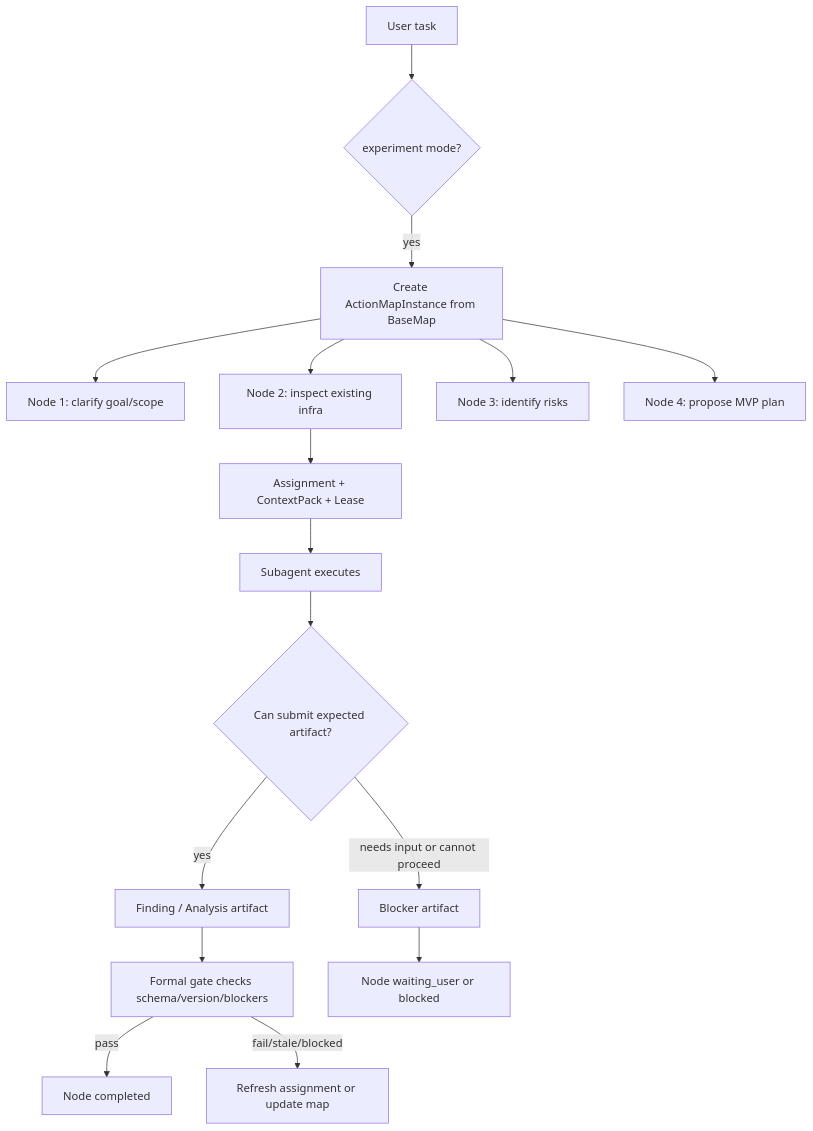
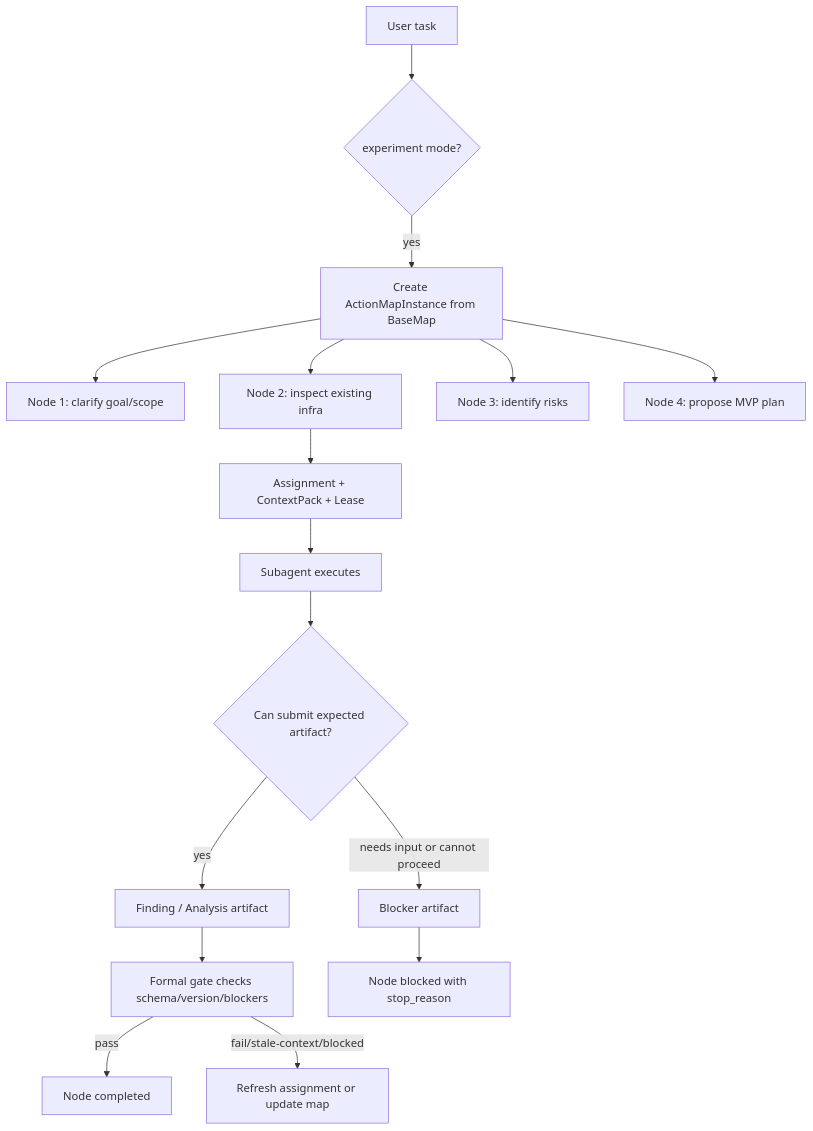
The fourth of 4 diagrams in docs/plans/2026-04-25-multi-agent-collaboration-architecture.md (ceasarXuu/WhaleCode), drawn with Mermaid before and after one commit. The commit also changed other lines of this file, not shown here.

Commit message:
docs: simplify map and node states

````diff
--- a/docs/plans/2026-04-25-multi-agent-collaboration-architecture.md
+++ b/docs/plans/2026-04-25-multi-agent-collaboration-architecture.md
@@ -1054,19 +1049,19 @@
 ```mermaid
 flowchart TD
     U["User task"] --> M{"experiment mode?"}
     M -->|yes| B["Create ActionMapInstance from BaseMap"]
     B --> N1["Node 1: clarify goal/scope"]
     B --> N2["Node 2: inspect existing infra"]
     B --> N3["Node 3: identify risks"]
     B --> N4["Node 4: propose MVP plan"]
 
     N2 --> A1["Assignment + ContextPack + Lease"]
     A1 --> S1["Subagent executes"]
     S1 --> R1{"Can submit expected artifact?"}
     R1 -->|yes| F["Finding / Analysis artifact"]
     R1 -->|needs input or cannot proceed| BL["Blocker artifact"]
     F --> G["Formal gate checks schema/version/blockers"]
-    BL --> W["Node waiting_user or blocked"]
+    BL --> W["Node blocked with stop_reason"]
     G -->|pass| C["Node completed"]
-    G -->|fail/stale/blocked| H["Refresh assignment or update map"]
+    G -->|fail/stale-context/blocked| H["Refresh assignment or update map"]
 ```
````
